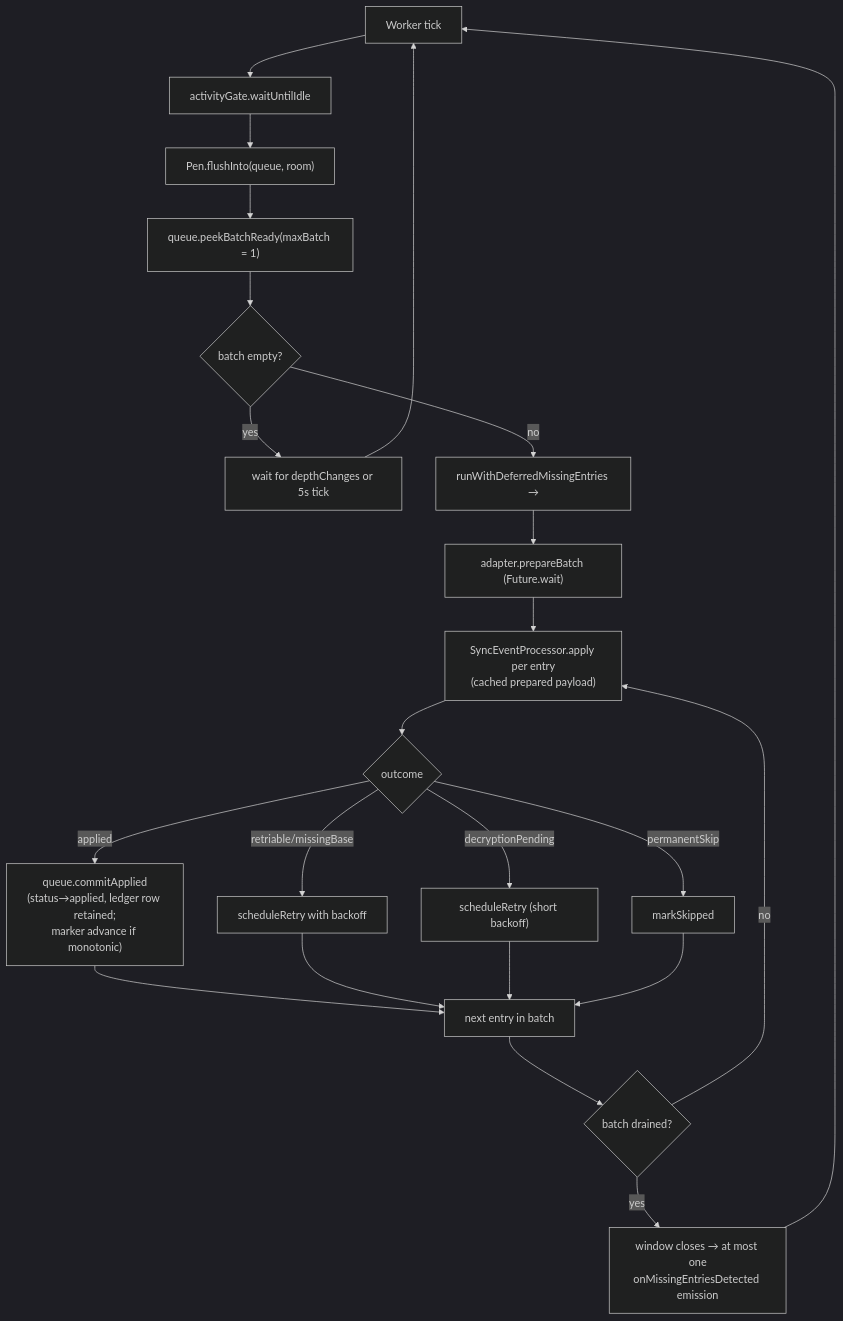
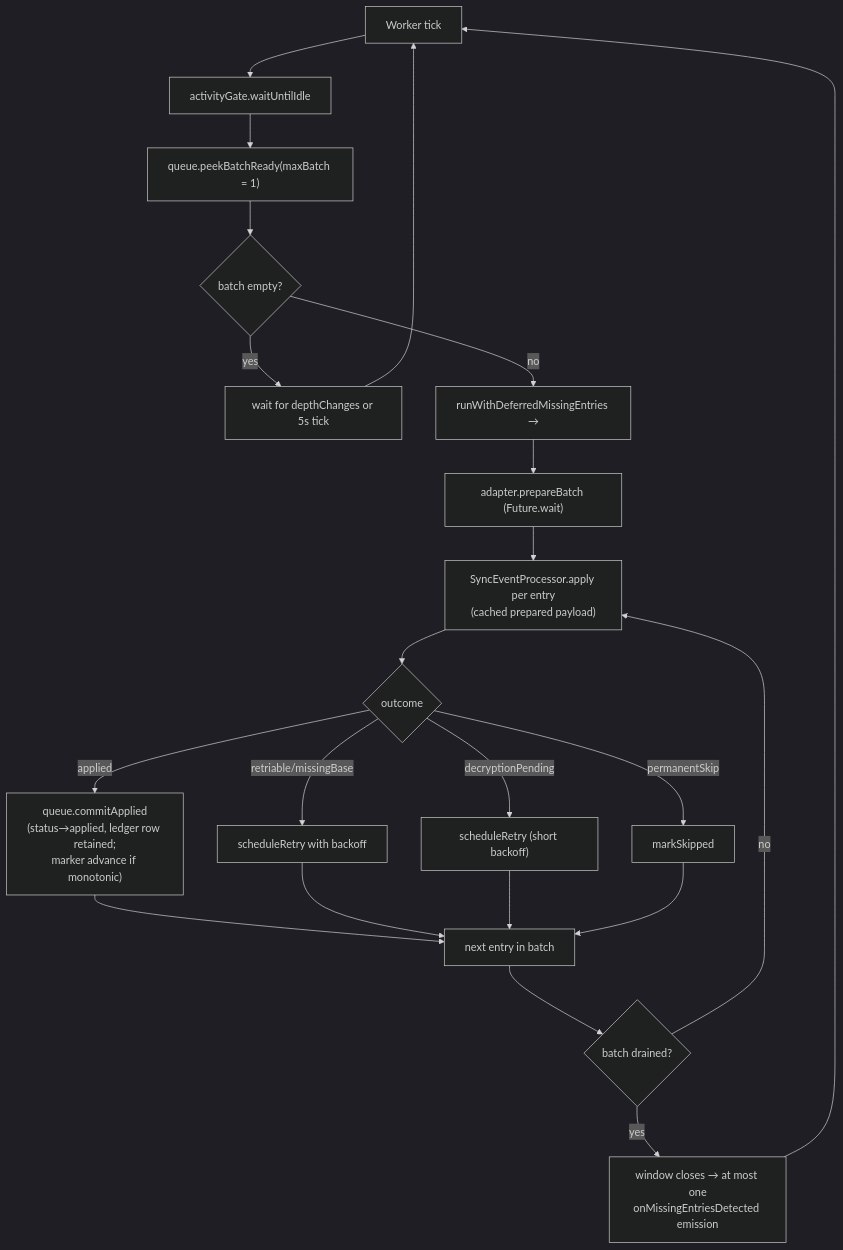
The third of 4 diagrams in knowledge/features/sync/receive-path.md (matthiasn/lotti), drawn with Mermaid (dark theme) before and after one commit. The commit also changed other lines of this file and 26 other files, not shown here.

````diff
--- a/knowledge/features/sync/receive-path.md
+++ b/knowledge/features/sync/receive-path.md
@@ -166,25 +161,24 @@
 ```mermaid
 flowchart TD
     Tick["Worker tick"] --> Gate["activityGate.waitUntilIdle"]
-    Gate --> Flush["Pen.flushInto(queue, room)"]
-    Flush --> Peek["queue.peekBatchReady(maxBatch = 1)"]
+    Gate --> Peek["queue.peekBatchReady(maxBatch = 1)"]
     Peek --> Empty{"batch empty?"}
     Empty -->|yes| Wait["wait for depthChanges or 5s tick"]
     Wait --> Tick
     Empty -->|no| Window["runWithDeferredMissingEntries →"]
     Window --> PrepareAll["adapter.prepareBatch (Future.wait)"]
     PrepareAll --> Apply["SyncEventProcessor.apply per entry<br/>(cached prepared payload)"]
     Apply --> Outcome{"outcome"}
     Outcome -->|applied| Commit["queue.commitApplied<br/>(status→applied, ledger row retained;<br/>marker advance if monotonic)"]
     Outcome -->|retriable/missingBase| Retry["scheduleRetry with backoff"]
     Outcome -->|decryptionPending| DecryptRetry["scheduleRetry (short backoff)"]
     Outcome -->|permanentSkip| Skip["markSkipped"]
     Commit --> NextEntry["next entry in batch"]
     Retry --> NextEntry
     DecryptRetry --> NextEntry
     Skip --> NextEntry
     NextEntry --> WindowClose{"batch drained?"}
     WindowClose -->|no| Apply
     WindowClose -->|yes| Emit["window closes → at most one<br/>onMissingEntriesDetected emission"]
     Emit --> Tick
 ```
````
